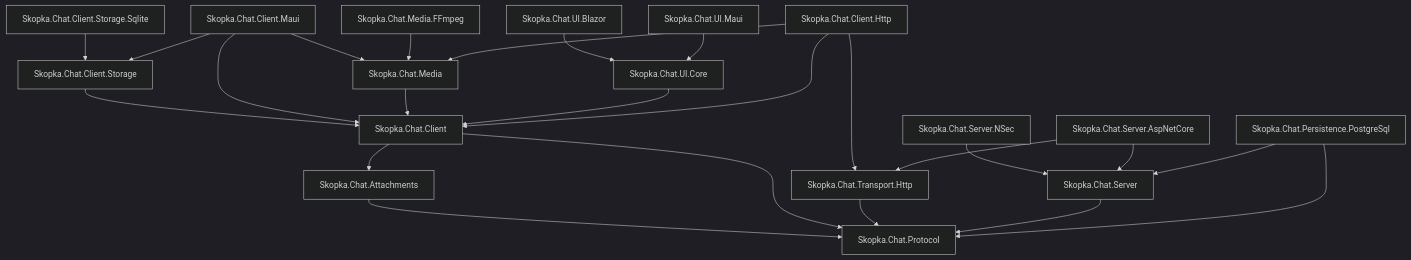
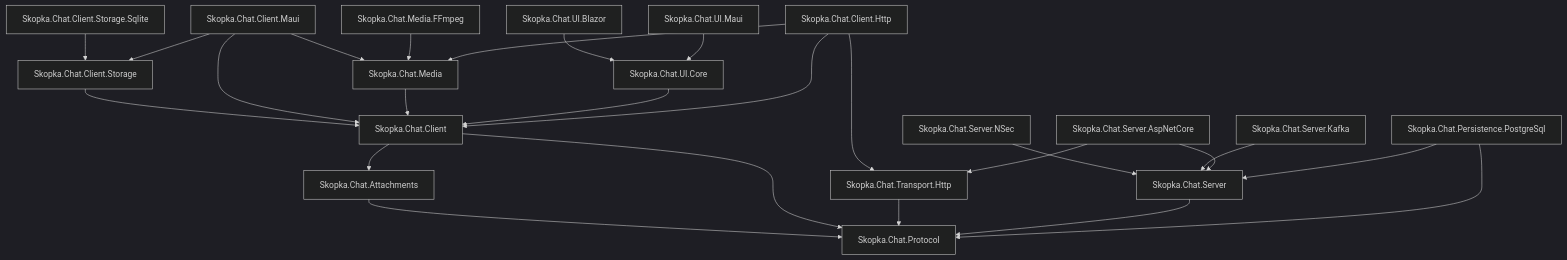
The diagram in docs/development.md (skopka/chat), drawn with Mermaid (dark theme) before and after one commit. The commit also changed other lines of this file and 32 other files, not shown here.

Commit message:
feat: add reliable Kafka server events

````diff
--- a/docs/development.md
+++ b/docs/development.md
@@ -18,27 +18,28 @@
 ```mermaid
 flowchart TD
     Protocol[Skopka.Chat.Protocol]
     Attachments[Skopka.Chat.Attachments] --> Protocol
     Client[Skopka.Chat.Client] --> Protocol
     Client --> Attachments
     ClientStorage[Skopka.Chat.Client.Storage] --> Client
     ClientSqlite[Skopka.Chat.Client.Storage.Sqlite] --> ClientStorage
     ClientMaui[Skopka.Chat.Client.Maui] --> Client
     ClientMaui --> ClientStorage
     ClientMaui --> Media
     Media[Skopka.Chat.Media] --> Client
     Ffmpeg[Skopka.Chat.Media.FFmpeg] --> Media
     UiCore[Skopka.Chat.UI.Core] --> Client
     UiBlazor[Skopka.Chat.UI.Blazor] --> UiCore
     UiMaui[Skopka.Chat.UI.Maui] --> UiCore
     HttpContract[Skopka.Chat.Transport.Http] --> Protocol
     HttpClient[Skopka.Chat.Client.Http] --> Client
     HttpClient --> Media
     HttpClient --> HttpContract
     Server[Skopka.Chat.Server] --> Protocol
     ServerCrypto[Skopka.Chat.Server.NSec] --> Server
+    ServerKafka[Skopka.Chat.Server.Kafka] --> Server
     AspNet[Skopka.Chat.Server.AspNetCore] --> Server
     AspNet --> HttpContract
     Persistence[Skopka.Chat.Persistence.PostgreSql] --> Server
     Persistence --> Protocol
 ```
````
